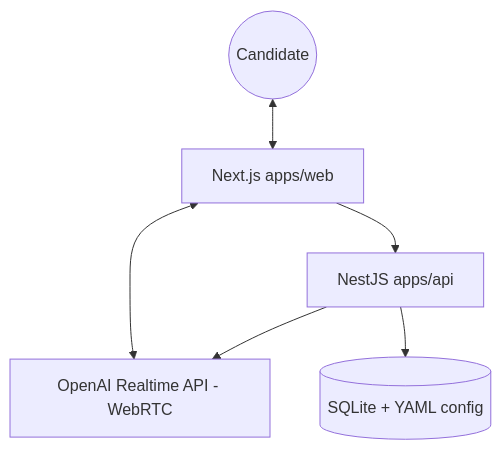
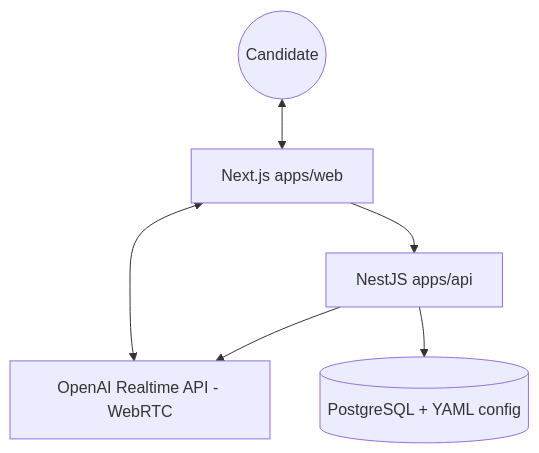
Before and after one commit to yortyrh/parle-tcf: the diagram in AGENTS.md, drawn with Mermaid. The commit also changed other lines of this file and 102 other files, not shown here.

````diff
--- a/AGENTS.md
+++ b/AGENTS.md
@@ -7,8 +7,8 @@
 ```mermaid
 graph TD
   User((Candidate)) <--> Web[Next.js apps/web]
   Web --> API[NestJS apps/api]
   Web <--> OAI[OpenAI Realtime API - WebRTC]
   API --> OAI
-  API --> DB[(SQLite + YAML config)]
+  API --> DB[(PostgreSQL + YAML config)]
 ```
````
